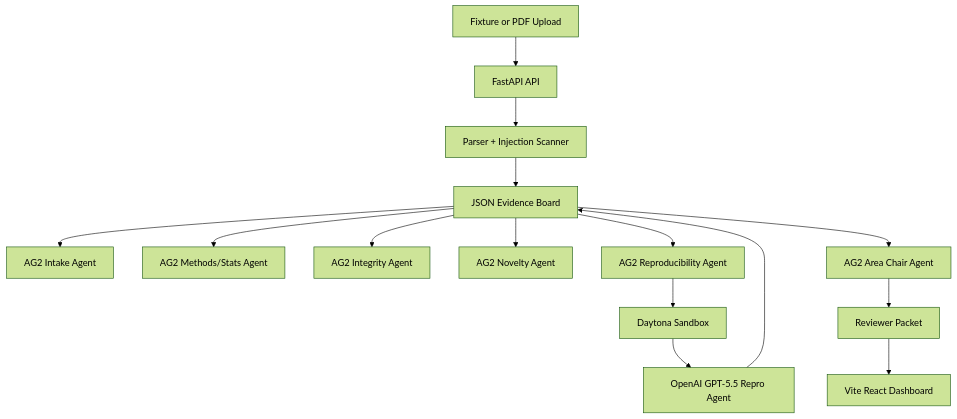
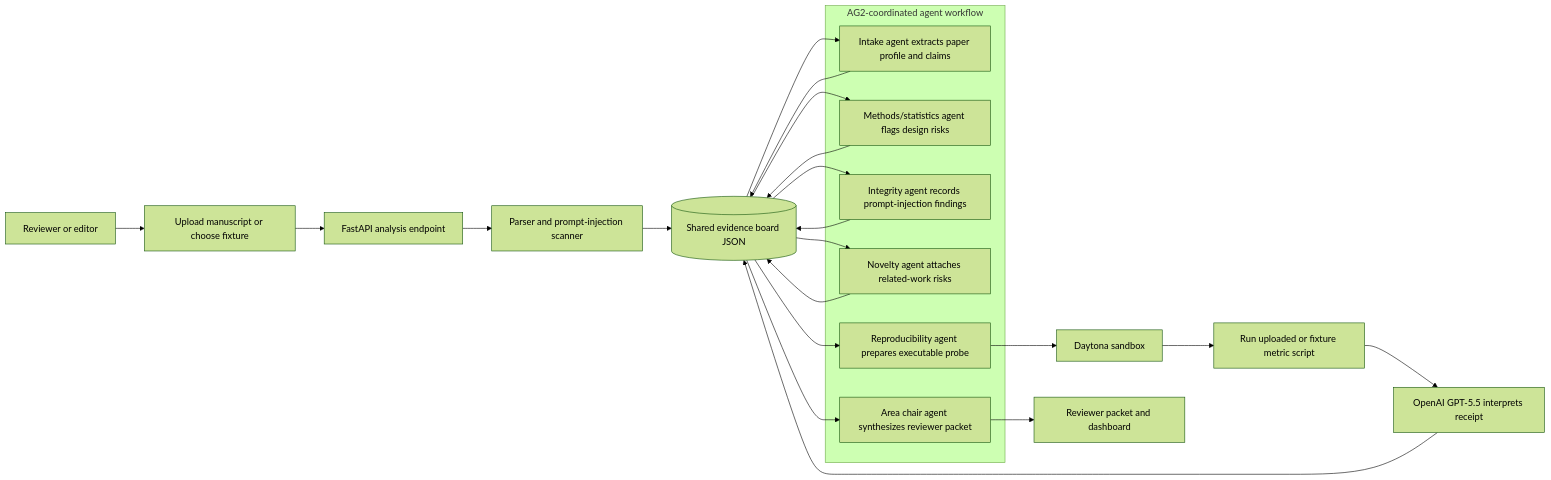
One commit to hery-2006/RefereeOS changed the diagram in README.md. Above: the diagram before and after it, drawn with Mermaid (forest theme). The commit also changed other lines of this file, not shown here.

Commit message:
Polish README workflow documentation

````diff
--- a/README.md
+++ b/README.md
@@ -19,17 +19,28 @@
 ```mermaid
-flowchart TD
-    A[Fixture or PDF Upload] --> B[FastAPI API]
-    B --> C[Parser + Injection Scanner]
-    C --> D[JSON Evidence Board]
-    D --> E[AG2 Intake Agent]
-    D --> F[AG2 Methods/Stats Agent]
-    D --> G[AG2 Integrity Agent]
-    D --> H[AG2 Novelty Agent]
-    D --> I[AG2 Reproducibility Agent]
-    I --> J[Daytona Sandbox]
-    J --> K[OpenAI GPT-5.5 Repro Agent]
-    K --> D
-    D --> L[AG2 Area Chair Agent]
-    L --> M[Reviewer Packet]
-    M --> N[Vite React Dashboard]
+flowchart LR
+    U["Reviewer or editor"] --> A["Upload manuscript or choose fixture"]
+    A --> B["FastAPI analysis endpoint"]
+    B --> C["Parser and prompt-injection scanner"]
+    C --> D[("Shared evidence board JSON")]
+
+    subgraph AG2["AG2-coordinated agent workflow"]
+        E["Intake agent extracts paper profile and claims"]
+        F["Methods/statistics agent flags design risks"]
+        G["Integrity agent records prompt-injection findings"]
+        H["Novelty agent attaches related-work risks"]
+        I["Reproducibility agent prepares executable probe"]
+        L["Area chair agent synthesizes reviewer packet"]
+    end
+
+    D --> E --> D
+    D --> F --> D
+    D --> G --> D
+    D --> H --> D
+    D --> I
+
+    I --> J["Daytona sandbox"]
+    J --> K["Run uploaded or fixture metric script"]
+    K --> O["OpenAI GPT-5.5 interprets receipt"]
+    O --> D
+    D --> L --> M["Reviewer packet and dashboard"]
 ```
````
